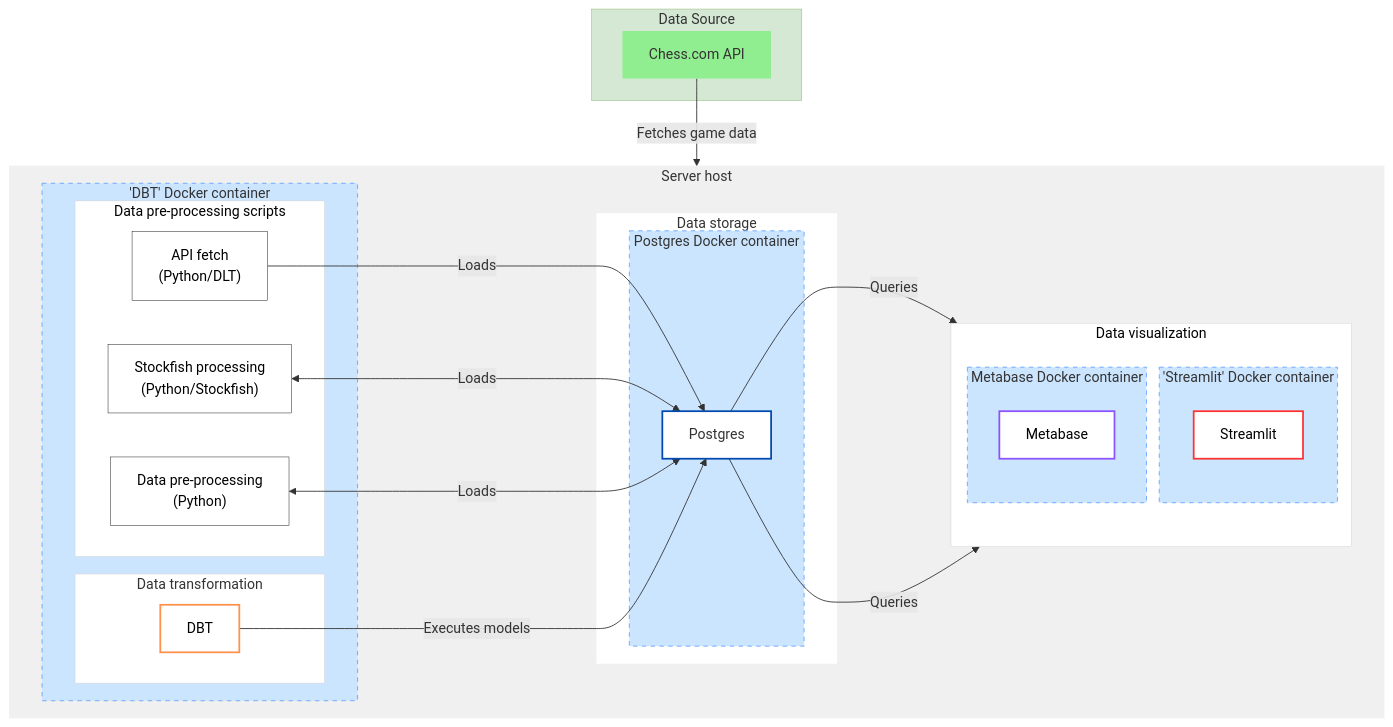
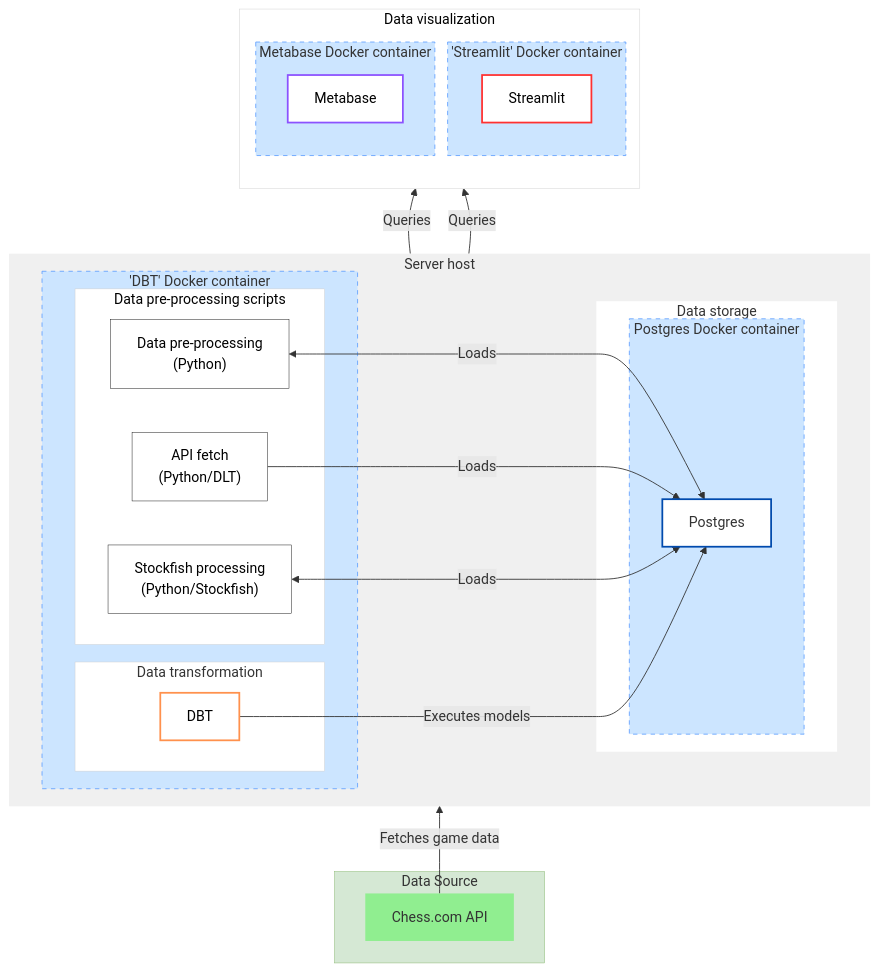
One commit to gabriellegall/chess_com_bi_pg changed the diagram in README.md. Above: the diagram before and after it, drawn with Mermaid.

````diff
--- a/README.md
+++ b/README.md
@@ -32,78 +32,66 @@
 ```mermaid
-graph TD;
+graph BT;
 
     %% Subgraph Definitions
+    subgraph Visualization["Data visualization"]
+        subgraph s3["'Streamlit' Docker container"]
+            F["Streamlit"]
+        end
+        subgraph s2["Metabase Docker container"]
+            E["Metabase"]
+        end
+        direction TB
+    end
+
+    subgraph Server["Server host"]
+        subgraph s4["Data storage"]
+            subgraph StorageDB["Postgres Docker container"]
+                C[Postgres Database]
+            end
+        end
+        subgraph s1["'DBT' Docker container"]
+            subgraph Transformation["Data transformation"]
+                D["DBT"]
+            end
+            subgraph Ingestion["Data pre-processing scripts"]
+                n1["Python pre-processing"]
+                n2["Stockfish processing<br>(Python)"]
+                B["API Fetch & Stockfish Analysis<br>(Python/DLT)"]
+            end
+        end
+        direction LR
+    end
+
     subgraph DS ["Data Source"]
         A[Chess.com API]
     end
-
-    subgraph Server["Server host"]
-		subgraph s4["Data storage"]
-	        subgraph StorageDB["Postgres Docker container"]
-	            C[Postgres Database]
-	        end
-		end
-		subgraph s1["'DBT' Docker container"]
-	        subgraph Transformation["Data transformation"]
-	            D["DBT"]
-	        end
-	        subgraph Ingestion["Data pre-processing scripts"]
-				n1["Python pre-processing"]
-				n2["Stockfish processing<br>(Python)"]
-	            B["API Fetch & Stockfish Analysis<br>(Python/DLT)"]
-	        end
-		end
-        direction LR
-
-
-        subgraph Visualization["Data visualization"]
-			subgraph s3["'Streamlit' Docker container"]
-				F["Streamlit"]
-			end
-			subgraph s2["Metabase Docker container"]
-				E["Metabase"]
-			end
-            direction TB
-        end
-    end
-
 
     %% Data Flow & Interactions
     A -->|"Fetches game data"| B
     B["API fetch<br>(Python/DLT)"] -->|"Loads"| C
     D -->|"Executes models"| C
-    C
-    C
-
+    n2["Stockfish processing<br>(Python/Stockfish)"] <--->|"Loads"| C
+    n1["Data pre-processing <br>(Python)"] <--->|"Loads"| C["Postgres"]
+    C -->|"Queries"| E
+    C -->|"Queries"| F
 
     %% Subgraph Styling
     style DS fill:#D5E8D4,stroke:#82B366,stroke-width:0.5px
-    style StorageDB fill:#cce5ff,stroke:#66a3ff,stroke-width:1px,stroke-dasharray:5 5  
-	B
-	C
-	Transformation
-	C	
-	n2["Stockfish processing<br>(Python/Stockfish)"] <--->|"Loads"| C
-	n1["Data pre-processing <br>(Python)"] <--->|"Loads"| C["Postgres"]
-	style A fill:#90ee90,stroke:#333,stroke-width:0px
-	style s1 fill:#cce5ff,stroke:#66a3ff,stroke-width:1px,stroke-dasharray:5 5  
-	style Ingestion fill:#FFFFFF,stroke:#ccc,stroke-width:0.5px,color:#000000
-	style Transformation fill:#FFFFFF,stroke:#ccc,stroke-width:0.5px
-
-	C -->|"Queries"| E
-	C -->|"Queries"| F
-	style Visualization fill:#FFFFFF,stroke:#ccc,stroke-width:0.5px,color:#000000
-	style n1 fill:#FFFFFF,stroke-width:0.5px,color:#000000,stroke:#000000
-    style s2 fill:#cce5ff,stroke:#66a3ff,stroke-width:1px,stroke-dasharray:5 5  
-    style s3 fill:#cce5ff,stroke:#66a3ff,stroke-width:1px,stroke-dasharray:5 5  
-	style s4 fill:#FFFFFF,stroke-width:0px
-	style Server fill:#f0f0f0,stroke:#aaa,stroke-width:0px
-	D
-	F
-	style F fill:#FFFFFF,stroke:#FF3131,stroke-width:2px,color:#000
-	style C fill:#FFFFFF,stroke:#004AAD,stroke-width:2px
-	style E fill:#FFFFFF,stroke:#8C52FF,stroke-width:2px,color:#000000
-	style n2 fill:#FFFFFF,stroke-width:0.5px,stroke:#000000,color:#000000
-	style B fill:#FFFFFF,stroke:#000000,stroke-width:0.5px,color:#000000
-	style D fill:#FFFFFF,stroke:#FF914D,stroke-width:2px,color:#000000
+    style StorageDB fill:#cce5ff,stroke:#66a3ff,stroke-width:1px,stroke-dasharray:5 5
+    style A fill:#90ee90,stroke:#333,stroke-width:0px
+    style s1 fill:#cce5ff,stroke:#66a3ff,stroke-width:1px,stroke-dasharray:5 5
+    style Ingestion fill:#FFFFFF,stroke:#ccc,stroke-width:0.5px,color:#000000
+    style Transformation fill:#FFFFFF,stroke:#ccc,stroke-width:0.5px
+    style Visualization fill:#FFFFFF,stroke:#ccc,stroke-width:0.5px,color:#000000
+    style n1 fill:#FFFFFF,stroke-width:0.5px,color:#000000,stroke:#000000
+    style s2 fill:#cce5ff,stroke:#66a3ff,stroke-width:1px,stroke-dasharray:5 5
+    style s3 fill:#cce5ff,stroke:#66a3ff,stroke-width:1px,stroke-dasharray:5 5
+    style s4 fill:#FFFFFF,stroke-width:0px
+    style Server fill:#f0f0f0,stroke:#aaa,stroke-width:0px
+    style F fill:#FFFFFF,stroke:#FF3131,stroke-width:2px,color:#000
+    style C fill:#FFFFFF,stroke:#004AAD,stroke-width:2px
+    style E fill:#FFFFFF,stroke:#8C52FF,stroke-width:2px,color:#000000
+    style n2 fill:#FFFFFF,stroke-width:0.5px,stroke:#000000,color:#000000
+    style B fill:#FFFFFF,stroke:#000000,stroke-width:0.5px,color:#000000
+    style D fill:#FFFFFF,stroke:#FF914D,stroke-width:2px,color:#000000
 ```
````
